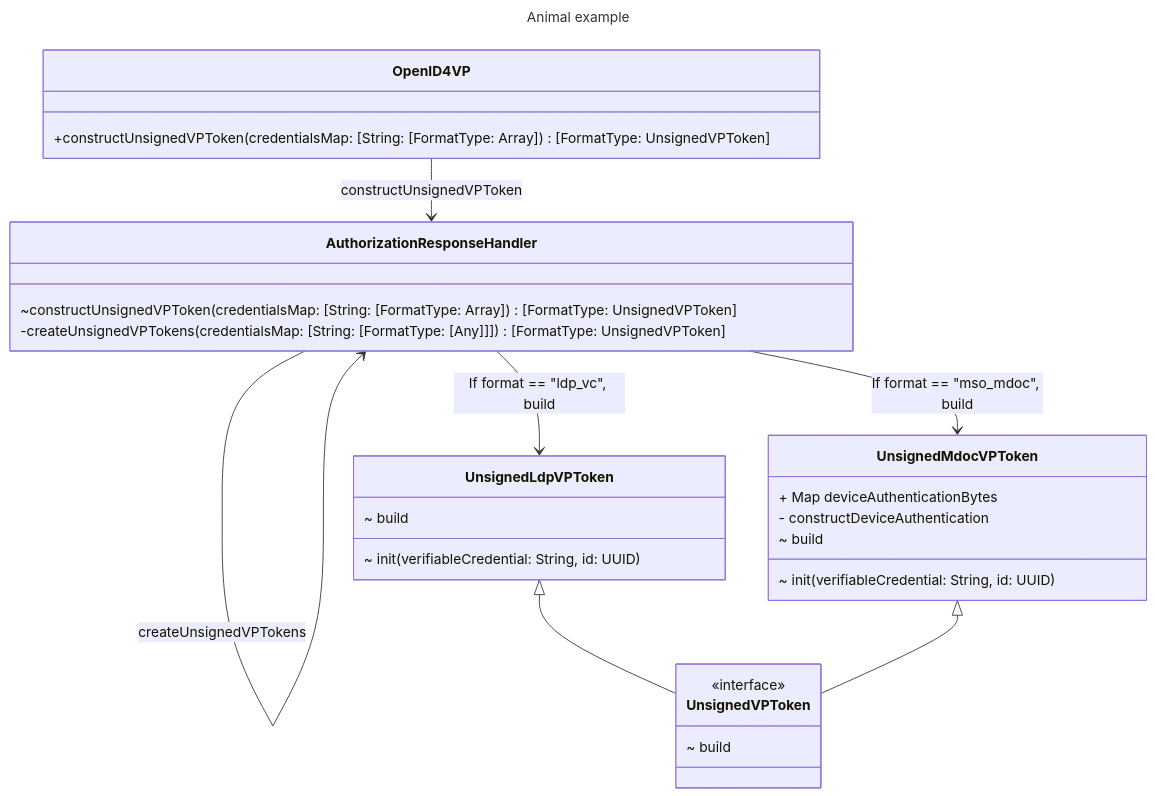
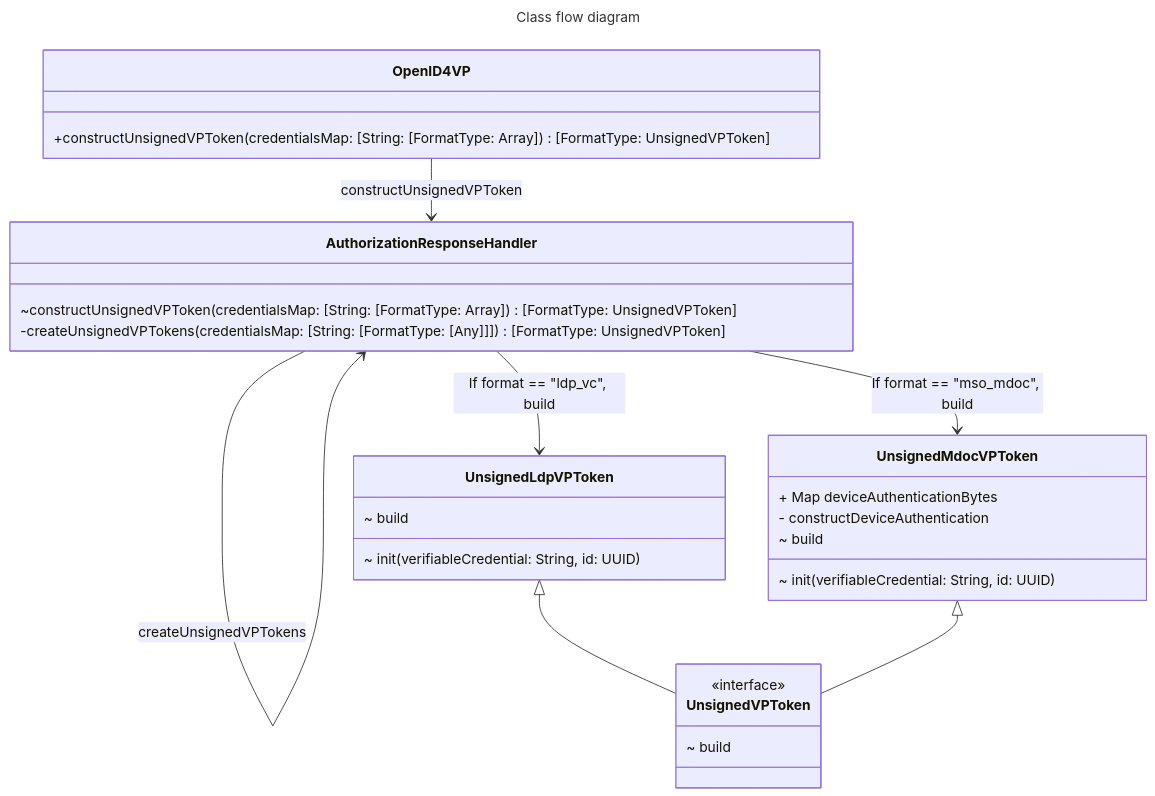
The second of 2 diagrams in docs/mdoc-online-sharng-flow.md (inji/inji-openid4vp-ios-swift), drawn with Mermaid before and after one commit. The commit also changed other lines of this file and 11 other files, not shown here.

````diff
--- a/docs/mdoc-online-sharng-flow.md
+++ b/docs/mdoc-online-sharng-flow.md
@@ -33,38 +34,37 @@
 ```mermaid
 ---
-title: Animal example
+title: Class flow diagram
 ---
 classDiagram
-    
-    
+
+
     class OpenID4VP{
         +constructUnsignedVPToken(credentialsMap: [String: [FormatType: Array<Any>]) [FormatType: UnsignedVPToken]
     }
     class AuthorizationResponseHandler{
         ~constructUnsignedVPToken(credentialsMap: [String: [FormatType: Array<Any>]) [FormatType: UnsignedVPToken]
         -createUnsignedVPTokens(credentialsMap: [String: [FormatType: [Any]]]) [FormatType: UnsignedVPToken]
     }
     class UnsignedVPToken {
         <<interface>>
         ~ build
     }
     class UnsignedLdpVPToken{
         ~ init (verifiableCredential: String, id: UUID)
-       ~ build
+        ~ build
     }
-%%    build method not required here update
     class UnsignedMdocVPToken{
         ~ init (verifiableCredential: String, id: UUID)
         + Map<String, ByteArray> deviceAuthenticationBytes
         - constructDeviceAuthentication
         ~ build
     }
     UnsignedLdpVPToken<|-- UnsignedVPToken
     UnsignedMdocVPToken<|-- UnsignedVPToken
 
     OpenID4VP --> AuthorizationResponseHandler : constructUnsignedVPToken
     AuthorizationResponseHandler --> AuthorizationResponseHandler : createUnsignedVPTokens
     AuthorizationResponseHandler --> UnsignedLdpVPToken : If format == "ldp_vc", build
     AuthorizationResponseHandler --> UnsignedMdocVPToken : If format == "mso_mdoc", build
 
 ```
````
